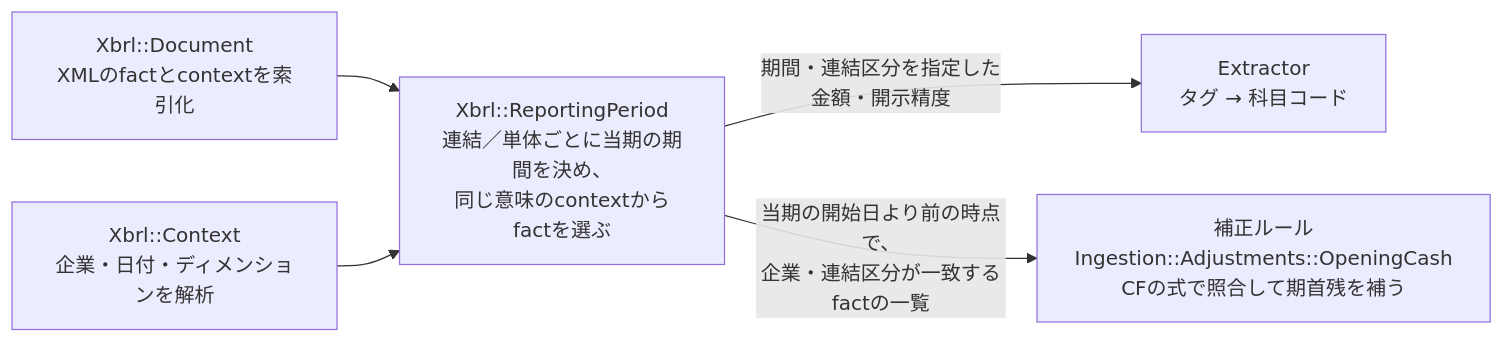
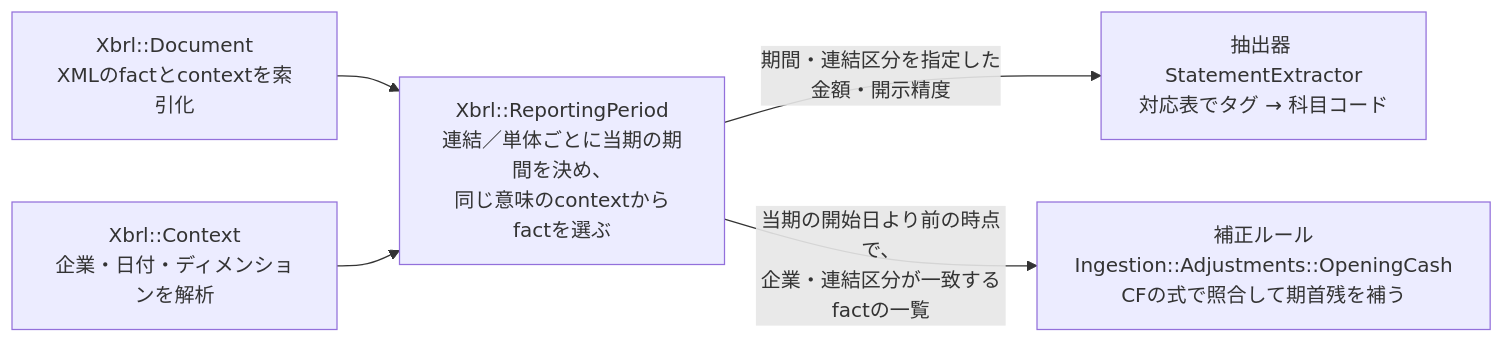
The seventh of 12 diagrams in docs/guide/03_data_flow.md (shin4488/financial-statement), drawn with Mermaid before and after one commit. The commit also changed other lines of this file and 37 other files, not shown here.

````diff
--- a/docs/guide/03_data_flow.md
+++ b/docs/guide/03_data_flow.md
@@ -251,8 +251,8 @@
 ```mermaid
 flowchart LR
     D["Xbrl::Document<br>XMLのfactとcontextを索引化"] --> P
     C["Xbrl::Context<br>企業・日付・ディメンションを解析"] --> P
     P["Xbrl::ReportingPeriod<br>連結／単体ごとに当期の期間を決め、<br>同じ意味のcontextからfactを選ぶ"]
-    P -->|"期間・連結区分を指定した<br>金額・開示精度"| X["Extractor<br>タグ → 科目コード"]
+    P -->|"期間・連結区分を指定した<br>金額・開示精度"| X["抽出器 StatementExtractor<br>対応表でタグ → 科目コード"]
     P -->|"当期の開始日より前の時点で、<br>企業・連結区分が一致するfactの一覧"| A["補正ルール<br>Ingestion::Adjustments::OpeningCash<br>CFの式で照合して期首残を補う"]
 ```
````
